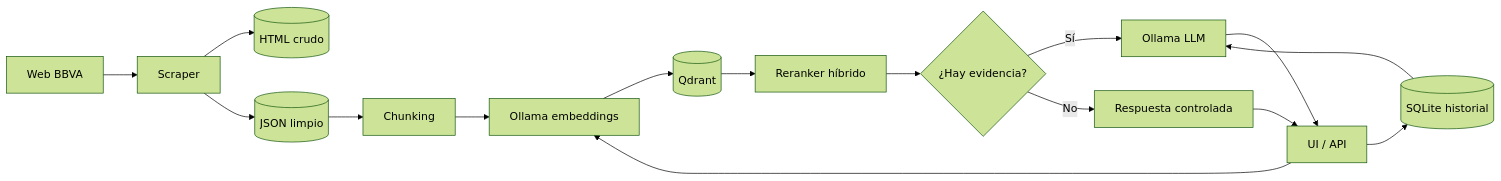
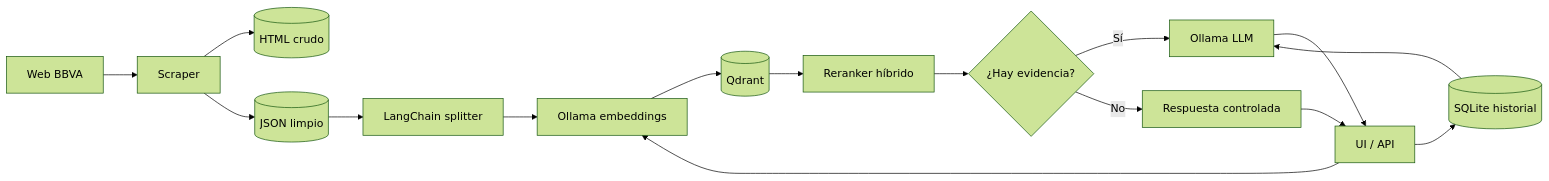
The diagram in README.md (jofepe16/rag_web_scraping), drawn with Mermaid (forest theme) before and after one commit. The commit also changed other lines of this file and 8 other files, not shown here.

Commit message:
feat: integrate LangChain with Ollama and chunking

````diff
--- a/README.md
+++ b/README.md
@@ -19,18 +19,18 @@
 ```mermaid
 flowchart LR
     W[Web BBVA] --> S[Scraper]
     S --> R[(HTML crudo)]
     S --> C[(JSON limpio)]
-    C --> K[Chunking]
+    C --> K[LangChain splitter]
     K --> E[Ollama embeddings]
     E --> Q[(Qdrant)]
     U[UI / API] --> H[(SQLite historial)]
     U --> E
     Q --> RR[Reranker híbrido]
     RR --> V{¿Hay evidencia?}
     V -->|Sí| L[Ollama LLM]
     V -->|No| N[Respuesta controlada]
     H --> L
     L --> U
     N --> U
 ```
````
